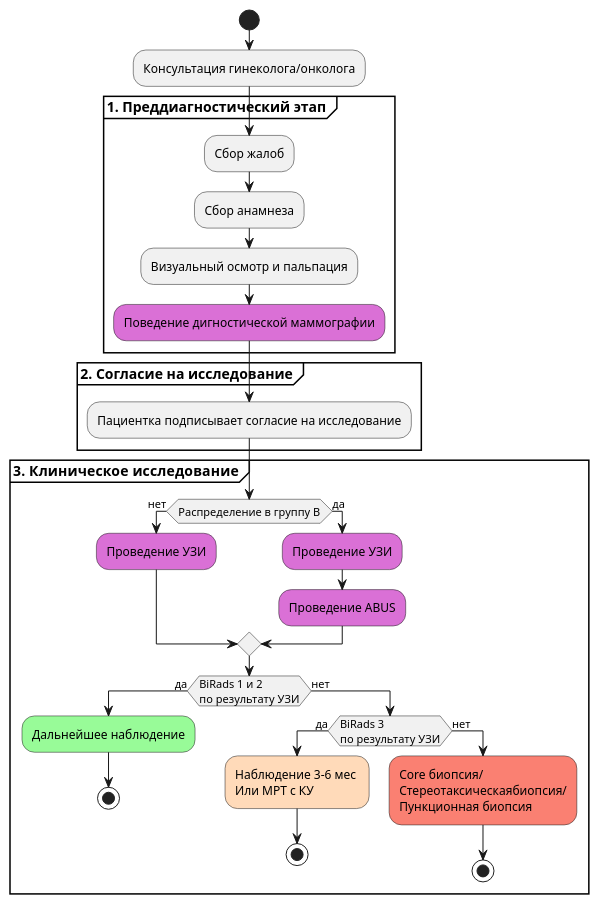
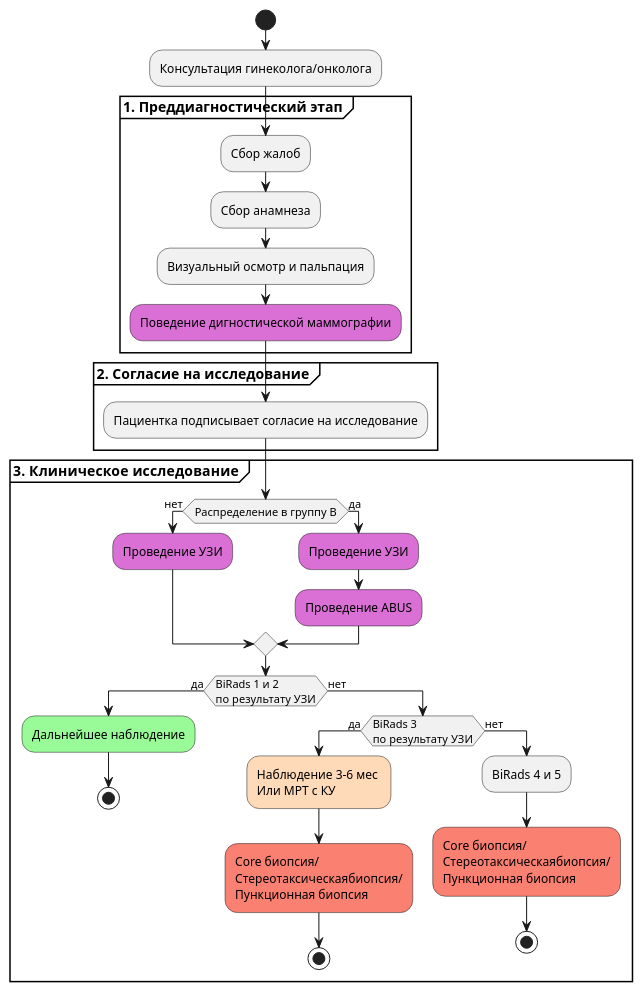
Before and after one commit to AndreyPovaliy/ABUS_US_diagnostics: the diagram in Text_work/Articles/Snr_abus_accur/sheme1.puml, drawn with PlantUML. The commit also changed 3 other files, not shown here.

```diff
--- a/Text_work/Articles/Snr_abus_accur/sheme1.puml
+++ b/Text_work/Articles/Snr_abus_accur/sheme1.puml
@@ -1,40 +1,42 @@
 @startuml
 start
 :Консультация гинеколога/онколога;
 group <b>1. Преддиагностический этап </b>
 :Сбор жалоб;
 :Сбор анамнеза;
 :Визуальный осмотр и пальпация;
 #Orchid:Поведение дигностической маммографии;
 end group
 group <b>2. Согласие на исследование </b>
 :Пациентка подписывает согласие на исследование;
 end group
 
 group <b>3.  Клиническое исследование </b>
 if (Распределение в группу B) then (нет)
 #Orchid:Проведение УЗИ;
 
 
 
 
 
 else(да)
 
 #Orchid:Проведение УЗИ;
 
 #Orchid:Проведение ABUS;
 
 endif
 
 if (BiRads 1 и 2 \nпо результату УЗИ) then (да)
 #palegreen:Дальнейшее наблюдение;
 stop
 else(нет)
 if  (BiRads 3 \nпо результату УЗИ) then (да)
 #PeachPuff:Наблюдение 3-6 мес \nИли МРТ с КУ;
+#salmon:Core биопсия/\nСтереотаксическаябиопсия/\nПункционная биопсия;
 stop
 else(нет)
+:BiRads 4 и 5;
 #salmon:Core биопсия/\nСтереотаксическаябиопсия/\nПункционная биопсия;
 stop
 @endumll
```
